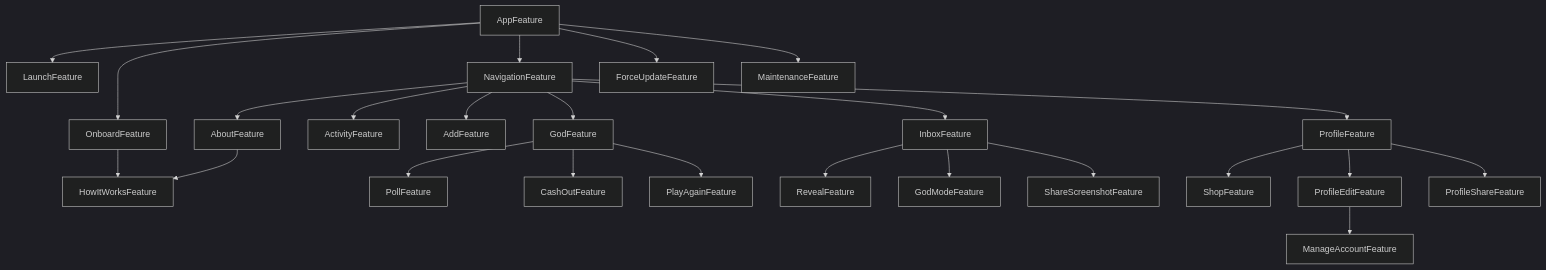
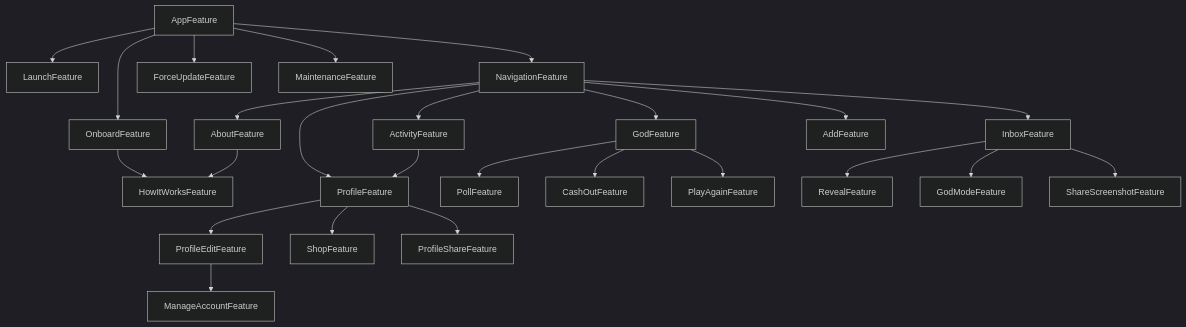
The diagram in Packages/GodPackage/README.md (0x1-company/god-ios), drawn with Mermaid (dark theme) before and after one commit.

Commit message:
chore: 🤖 dgraph

````diff
--- a/Packages/GodPackage/README.md
+++ b/Packages/GodPackage/README.md
@@ -6,26 +6,27 @@
 ```mermaid
 graph TD;
     AboutFeature-->HowItWorksFeature;
+    ActivityFeature-->ProfileFeature;
     AppFeature-->LaunchFeature;
     AppFeature-->OnboardFeature;
     AppFeature-->NavigationFeature;
     AppFeature-->ForceUpdateFeature;
     AppFeature-->MaintenanceFeature;
     GodFeature-->PollFeature;
     GodFeature-->CashOutFeature;
     GodFeature-->PlayAgainFeature;
     InboxFeature-->RevealFeature;
     InboxFeature-->GodModeFeature;
     InboxFeature-->ShareScreenshotFeature;
     NavigationFeature-->AboutFeature;
     NavigationFeature-->ActivityFeature;
     NavigationFeature-->AddFeature;
     NavigationFeature-->GodFeature;
     NavigationFeature-->InboxFeature;
     NavigationFeature-->ProfileFeature;
     OnboardFeature-->HowItWorksFeature;
     ProfileEditFeature-->ManageAccountFeature;
     ProfileFeature-->ShopFeature;
     ProfileFeature-->ProfileEditFeature;
     ProfileFeature-->ProfileShareFeature;
 ```
````
